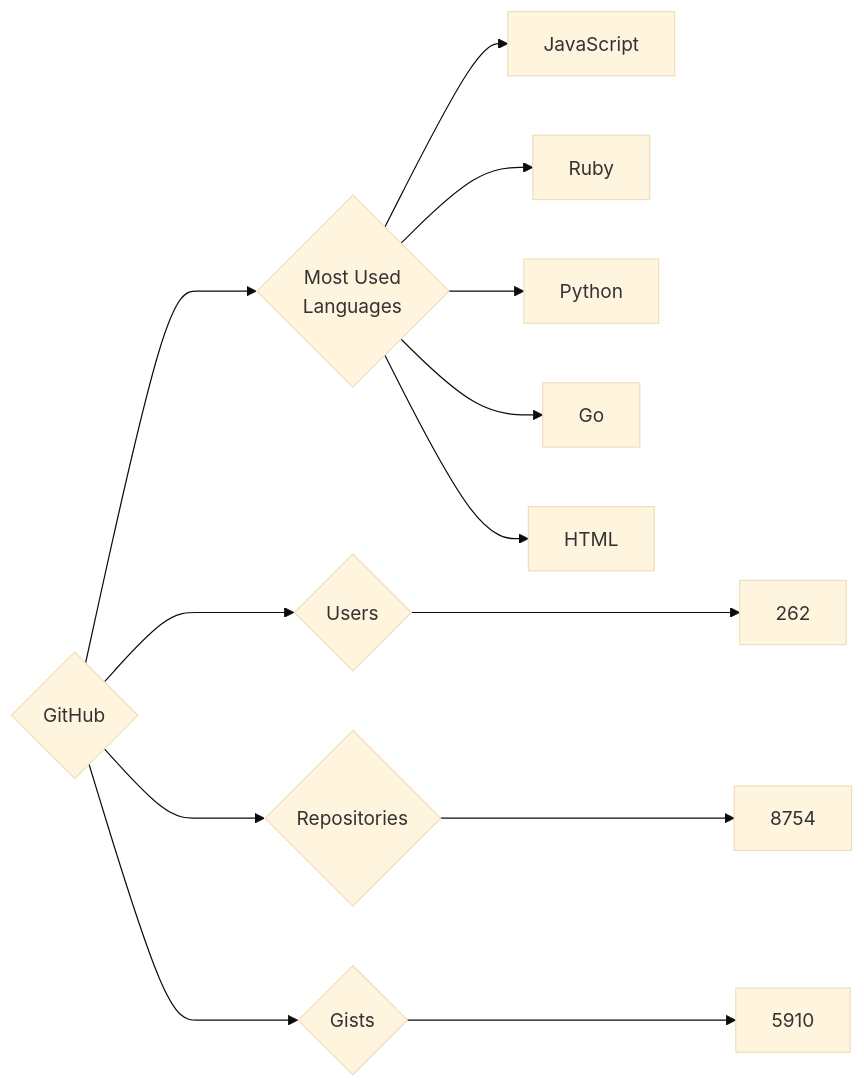
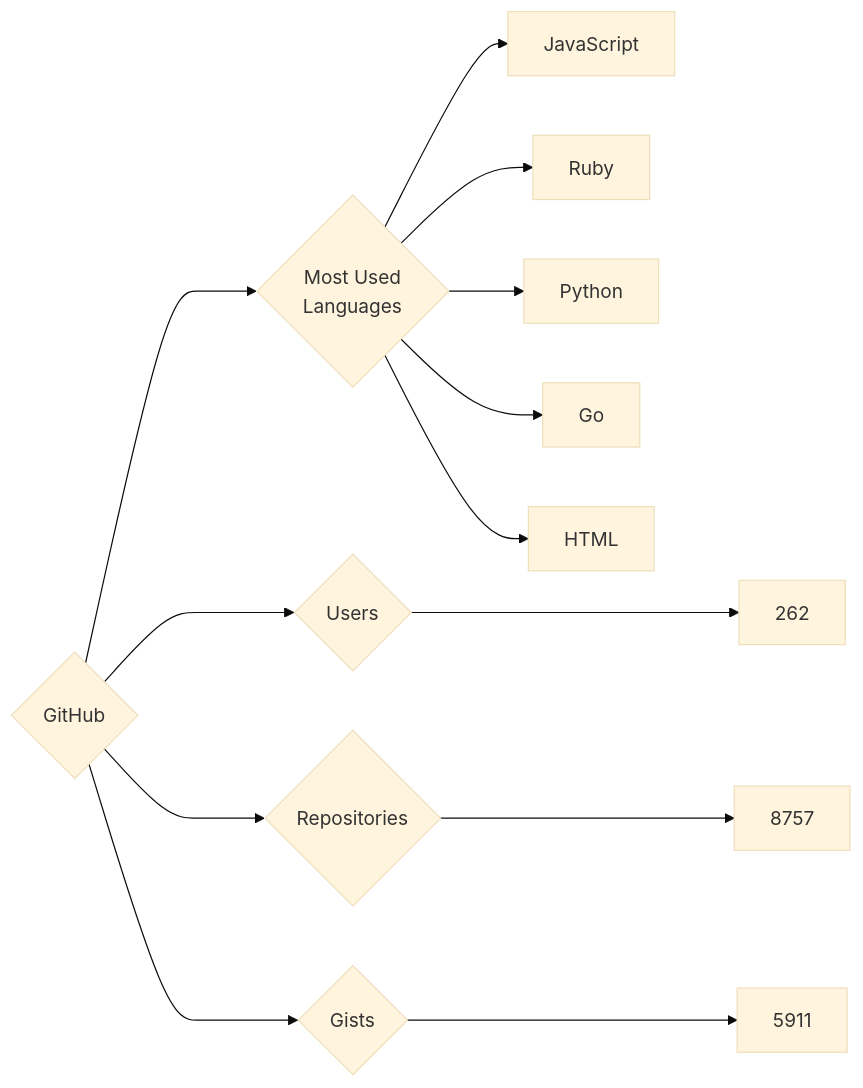
The diagram in targets/GitHub/README.md (trickest/insiders), drawn with Mermaid (base theme) before and after one commit. The commit also changed 644 other files, not shown here.

````diff
--- a/targets/GitHub/README.md
+++ b/targets/GitHub/README.md
@@ -3,13 +3,13 @@
 ```mermaid
 graph LR
 COMPANY_NAME{GitHub}
 COMPANY_NAME ---> U{Users} ---> UN[262]
-COMPANY_NAME ---> R{Repositories} ---> RN[8754]
-COMPANY_NAME ---> G{Gists} ---> GN[5910]
+COMPANY_NAME ---> R{Repositories} ---> RN[8757]
+COMPANY_NAME ---> G{Gists} ---> GN[5911]
 COMPANY_NAME ---> ML{Most Used<br>Languages}
 ML --> JavaScript[JavaScript]
 ML --> Ruby[Ruby]
 ML --> Python[Python]
 ML --> Go[Go]
 ML --> HTML[HTML]
 ```
````
